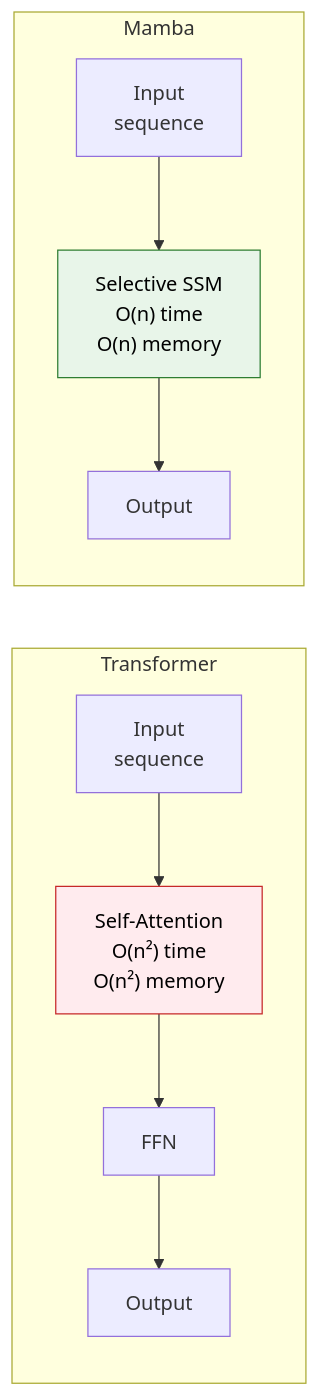
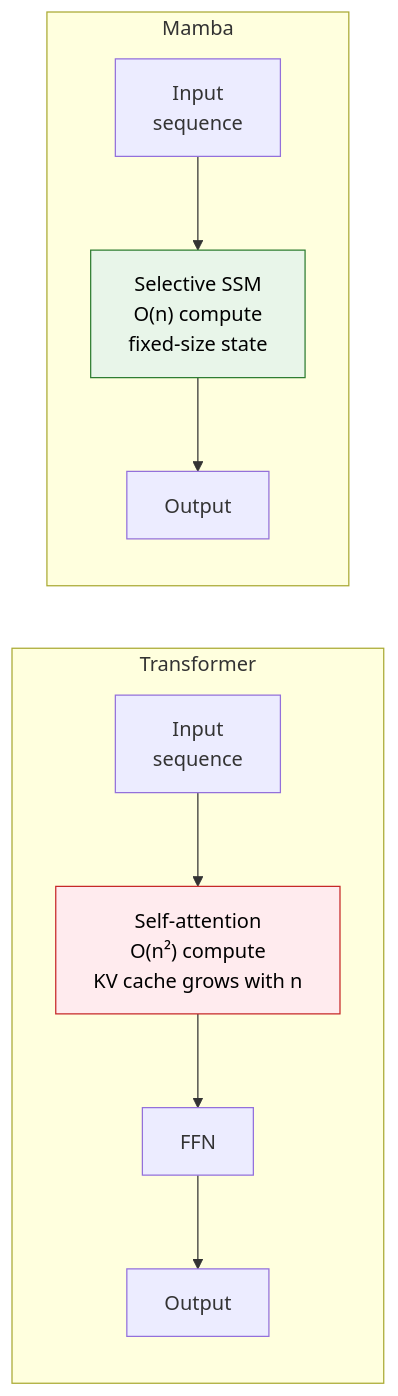
Before and after one commit to Hmago/ml4: diagram 25 of 26 in content/34b_google_top10_ml_interview_part2.md, drawn with Mermaid. The commit also changed other lines of this file and 59 other files, not shown here.

````diff
--- a/content/34b_google_top10_ml_interview_part2.md
+++ b/content/34b_google_top10_ml_interview_part2.md
@@ -1928,16 +3118,16 @@
 ```mermaid
 graph LR
     subgraph "Transformer"
-        T_IN["Input<br/>sequence"] --> T_ATT["Self-Attention<br/>O(n²) time<br/>O(n²) memory"]
+        T_IN["Input<br/>sequence"] --> T_ATT["Self-attention<br/>O(n²) compute<br/>KV cache grows with n"]
         T_ATT --> T_FFN["FFN"]
         T_FFN --> T_OUT["Output"]
     end
 
     subgraph "Mamba"
-        M_IN["Input<br/>sequence"] --> M_SSM["Selective SSM<br/>O(n) time<br/>O(n) memory"]
+        M_IN["Input<br/>sequence"] --> M_SSM["Selective SSM<br/>O(n) compute<br/>fixed-size state"]
         M_SSM --> M_OUT["Output"]
     end
 
     style T_ATT fill:#ffebee,stroke:#c62828,color:#000
     style M_SSM fill:#e8f5e9,stroke:#2e7d32,color:#000
 ```
````
